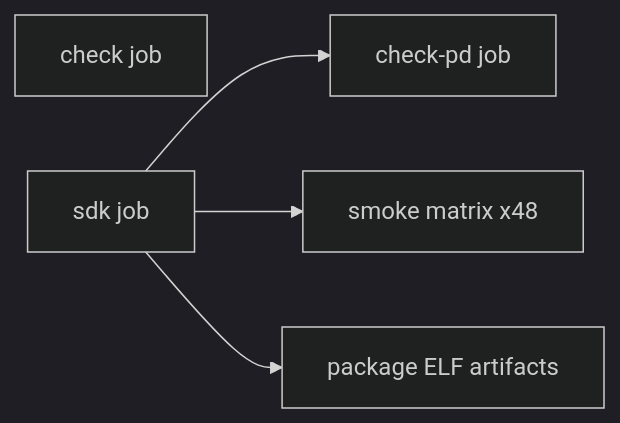
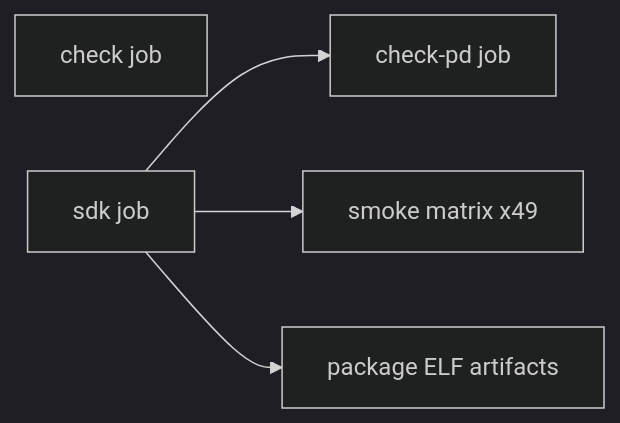
Before and after one commit to julerex/lerux: the diagram in docs/ci.md, drawn with Mermaid (dark theme). The commit also changed other lines of this file and 27 other files, not shown here.

````diff
--- a/docs/ci.md
+++ b/docs/ci.md
@@ -13,11 +13,11 @@
 ```mermaid
 flowchart LR
   check[check job]
   sdk[sdk job]
   checkPd[check-pd job]
-  smoke[smoke matrix x48]
+  smoke[smoke matrix x49]
   package[package ELF artifacts]
   sdk --> checkPd
   sdk --> smoke
   sdk --> package
 ```
````
